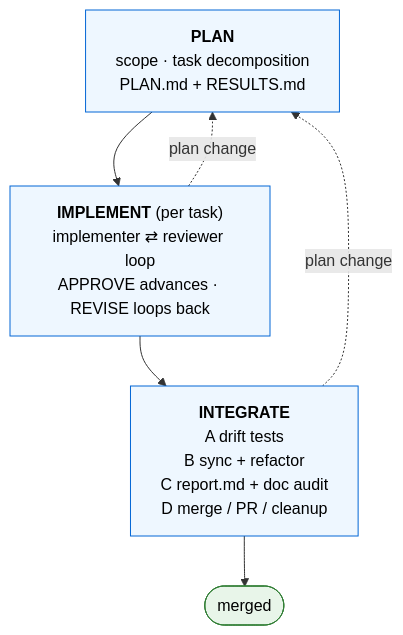
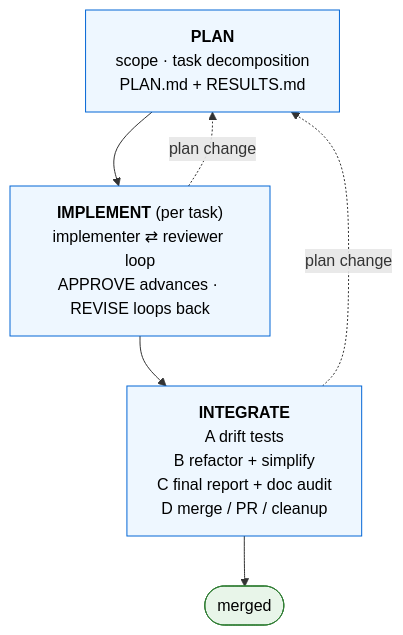
Before and after one commit to FuZhiyu/superRA: the diagram in README.md, drawn with Mermaid. The commit also changed other lines of this file, not shown here.

````diff
--- a/README.md
+++ b/README.md
@@ -30,19 +30,19 @@
 ```mermaid
 flowchart TB
     PLAN["<b>PLAN</b><br/>scope · task decomposition<br/>PLAN.md + RESULTS.md"]
     IMPLEMENT["<b>IMPLEMENT</b> (per task)<br/>implementer ⇄ reviewer loop<br/>APPROVE advances · REVISE loops back"]
-    INTEGRATE["<b>INTEGRATE</b><br/>A drift tests<br/>B sync + refactor<br/>C report.md + doc audit<br/>D merge / PR / cleanup"]
+    INTEGRATE["<b>INTEGRATE</b><br/>A drift tests<br/>B refactor + simplify <br/>C final report + doc audit<br/>D merge / PR / cleanup"]
     MERGED(["merged"])
 
     PLAN --> IMPLEMENT
     IMPLEMENT --> INTEGRATE
     INTEGRATE --> MERGED
 
     IMPLEMENT -. "plan change" .-> PLAN
     INTEGRATE -. "plan change" .-> PLAN
 
     classDef phase fill:#eef7ff,stroke:#0366d6,color:#000
     classDef terminal fill:#e8f5e9,stroke:#2e7d32,color:#000
     class PLAN,IMPLEMENT,INTEGRATE phase
     class MERGED terminal
 ```
````
